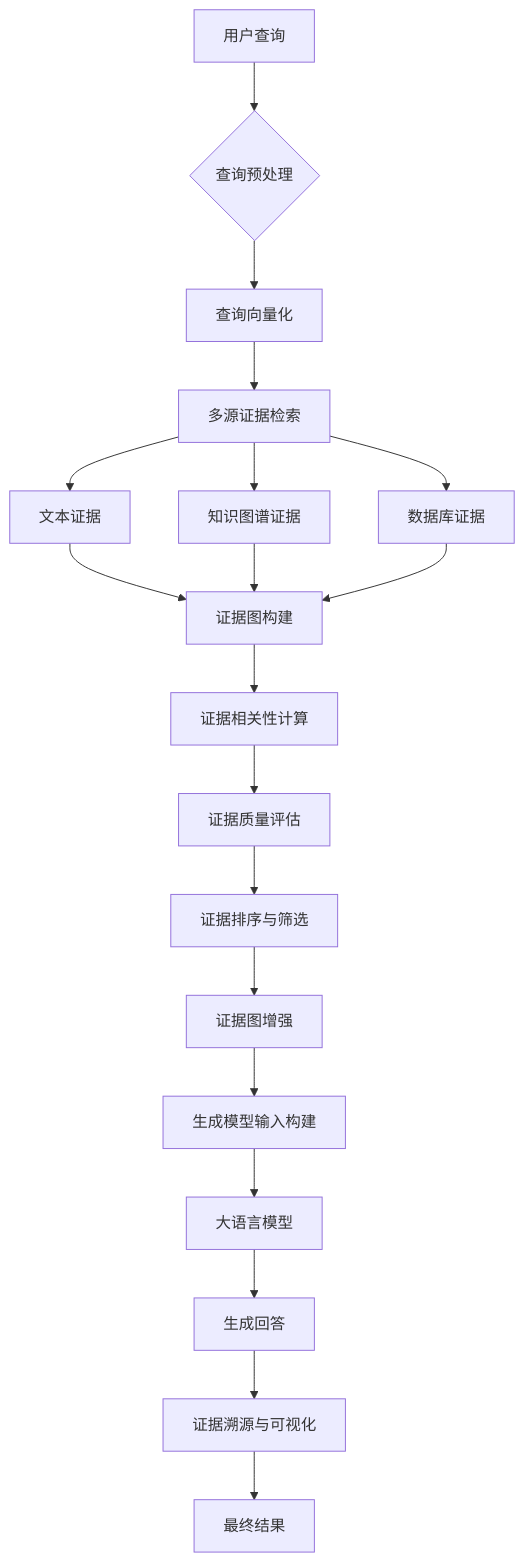
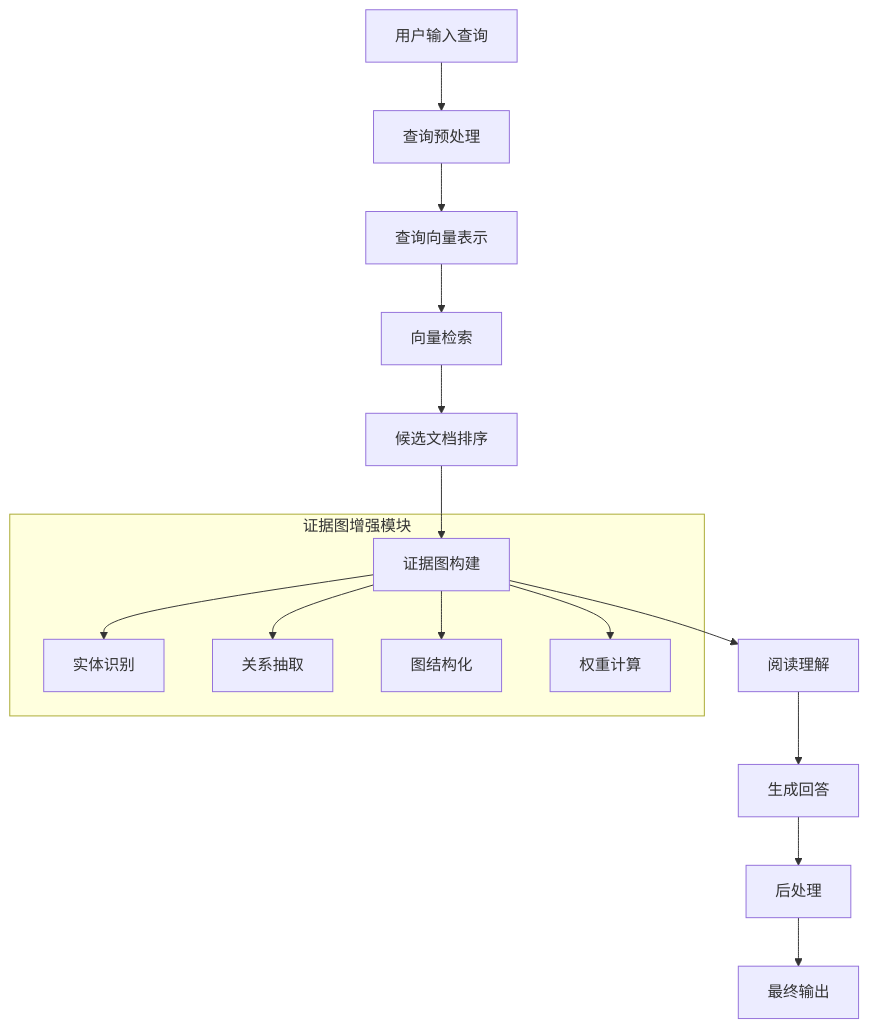
One commit to valkryhx/patent_agents changed the diagram in output/progress/以证据图增强的rag系统_ada191f4/02_background.md. Above: the diagram before and after it, drawn with Mermaid. The commit also changed other lines of this file and 2 other files, not shown here.

````diff
--- a/output/progress/以证据图增强的rag系统_ada191f4/02_background.md
+++ b/output/progress/以证据图增强的rag系统_ada191f4/02_background.md
@@ -39,21 +45,19 @@
 ```mermaid
 graph TD
-    A[用户查询] --> B{查询预处理}
-    B --> C[查询向量化]
-    C --> D[多源证据检索]
-    D --> E[文本证据]
-    D --> F[知识图谱证据]
-    D --> G[数据库证据]
-    E --> H[证据图构建]
-    F --> H
-    G --> H
-    H --> I[证据相关性计算]
-    I --> J[证据质量评估]
-    J --> K[证据排序与筛选]
-    K --> L[证据图增强]
-    L --> M[生成模型输入构建]
-    M --> N[大语言模型]
-    N --> O[生成回答]
-    O --> P[证据溯源与可视化]
-    P --> Q[最终结果]
+    A[用户输入查询] --> B[查询预处理]
+    B --> C[查询向量表示]
+    C --> D[向量检索]
+    D --> E[候选文档排序]
+    E --> F[证据图构建]
+    F --> G[阅读理解]
+    G --> H[生成回答]
+    H --> I[后处理]
+    I --> J[最终输出]
+    
+    subgraph 证据图增强模块
+        F --> F1[实体识别]
+        F --> F2[关系抽取]
+        F --> F3[图结构化]
+        F --> F4[权重计算]
+    end
 ```
````
